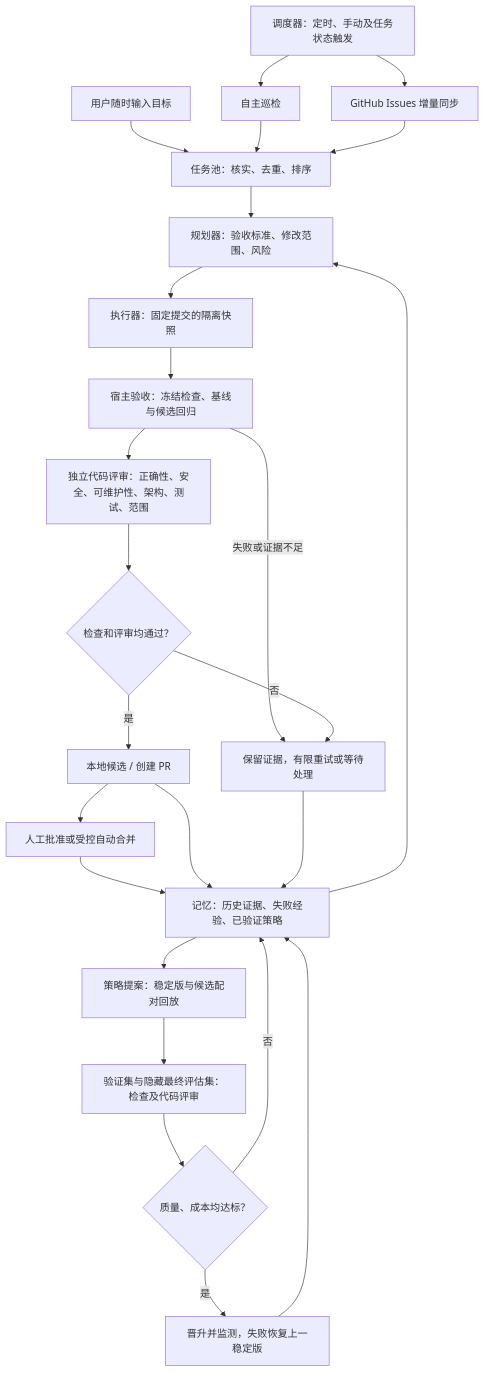
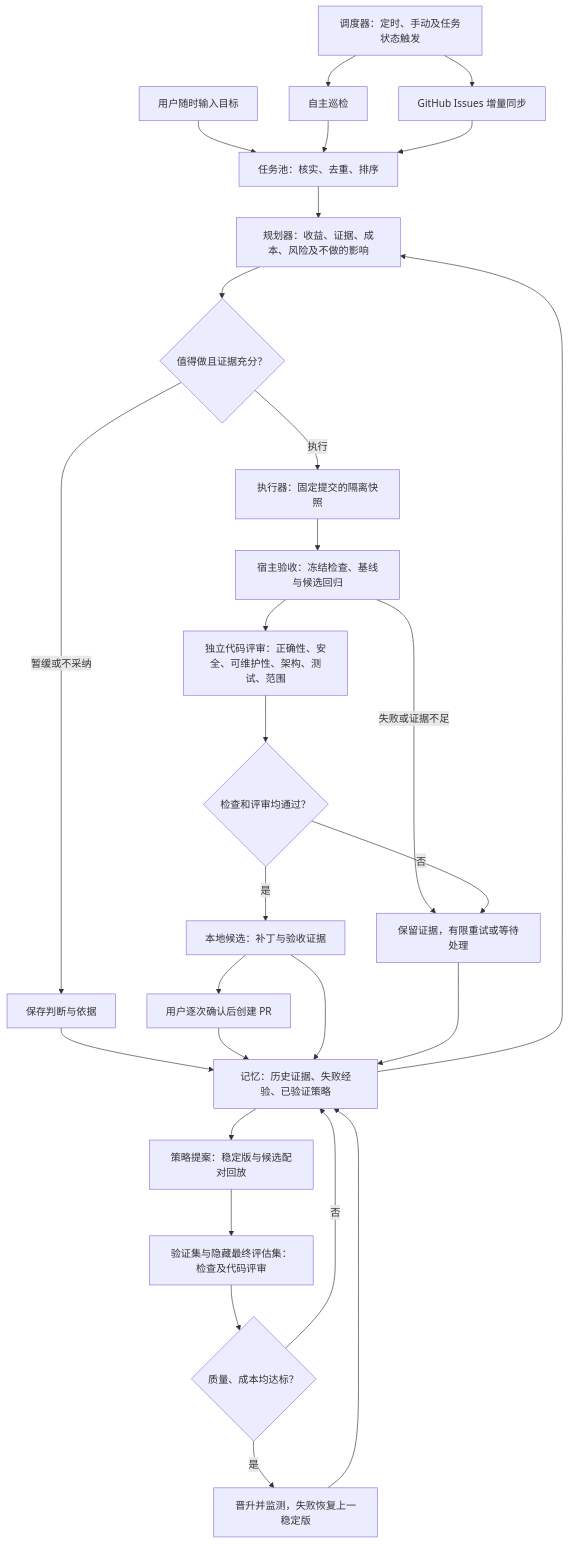
One commit to Haoog/Adaptive-RSI changed the diagram in README.md. Above: the diagram before and after it, drawn with Mermaid. The commit also changed other lines of this file and 34 other files, not shown here.

````diff
--- a/README.md
+++ b/README.md
@@ -11,27 +11,30 @@
 ```mermaid
 flowchart TD
     S[调度器：定时、手动及任务状态触发] --> I[自主巡检]
     S --> G[GitHub Issues 增量同步]
     U[用户随时输入目标] --> Q[任务池：核实、去重、排序]
     I --> Q
     G --> Q
-    M[记忆：历史证据、失败经验、已验证策略] --> P[规划器：验收标准、修改范围、风险]
+    M[记忆：历史证据、失败经验、已验证策略] --> P[规划器：收益、证据、成本、风险及不做的影响]
     Q --> P
-    P --> W[执行器：固定提交的隔离快照]
+    P --> B{值得做且证据充分？}
+    B -->|执行| W[执行器：固定提交的隔离快照]
+    B -->|暂缓或不采纳| Z[保存判断与依据]
+    Z --> M
     W --> T[宿主验收：冻结检查、基线与候选回归]
     T --> R[独立代码评审：正确性、安全、可维护性、架构、测试、范围]
     R --> D{检查和评审均通过？}
-    D -->|是| C[本地候选 / 创建 PR]
-    C --> A[人工批准或受控自动合并]
+    D -->|是| C[本地候选：补丁与验收证据]
+    C --> A[用户逐次确认后创建 PR]
     T -->|失败或证据不足| F[保留证据，有限重试或等待处理]
     D -->|否| F
     A --> M
     C --> M
     F --> M
     M --> E[策略提案：稳定版与候选配对回放]
     E --> V[验证集与隐藏最终评估集：检查及代码评审]
     V --> H{质量、成本均达标？}
     H -->|是| N[晋升并监测，失败恢复上一稳定版]
     H -->|否| M
     N --> M
 ```
````
